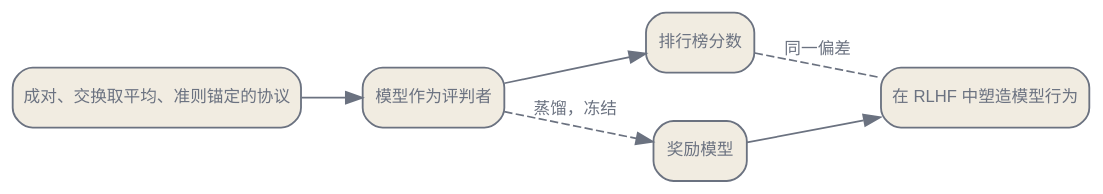
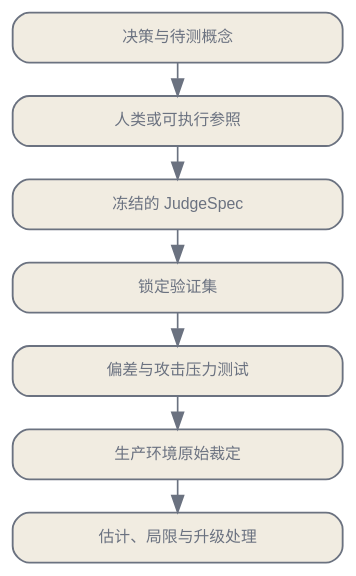
The diagram in zh/evaluation/04-judging-holistic.qmd (latere-ai/ai-as-an-infrastructure), drawn with Graphviz before and after one commit. The commit also changed other lines of this file and 3 other files, not shown here.

````diff
--- a/zh/evaluation/04-judging-holistic.qmd
+++ b/zh/evaluation/04-judging-holistic.qmd
@@ -141,21 +21,19 @@
 ```{dot}
-//| label: fig-judging-holistic-dual-role
-//| fig-cap: "一件有偏的仪器有两个输出。同一套成对、交换取平均、准则锚定的评判协议既给排行榜打分，又在被蒸馏进奖励模型后塑造模型行为，于是评判者的盲点同时成为一个测量误差与一个训练信号。"
+//| label: fig-judge-measurement-contract
+//| fig-cap: "只有把待测概念、人类或可执行参照、评判者规格、锁定验证和压力测试连起来，评判者才成为测量工具。生产裁定必须保留这条来源链。"
 digraph {
   bgcolor="transparent";
-  rankdir=LR;
-  nodesep=0.4; ranksep=0.5;
-  node [shape=box, style="rounded,filled", fontname="Helvetica", fontsize=10, color="#6b7280", fontcolor="#6b7280", fillcolor="#f1ece1", penwidth=1.1];
-  edge [fontsize=10, fontname="Helvetica", color="#6b7280", fontcolor="#6b7280"];
-  PROT [label="成对、交换取平均、准则锚定的协议"];
-  J [label="模型作为评判者"];
-  LB [label="排行榜分数"];
-  RM [label="奖励模型"];
-  TRAIN [label="在 RLHF 中塑造模型行为"];
-  PROT -> J;
-  J -> LB;
-  J -> RM [style=dashed, label="蒸馏，冻结"];
-  RM -> TRAIN;
-  LB -> TRAIN [style=dashed, label="同一偏差", dir=none];
+  rankdir=TB;
+  nodesep=0.22; ranksep=0.28;
+  node [shape=box, style="rounded,filled", fixedsize=true, width=2.75, height=0.42, fontname="Helvetica", fontsize=9.5, color="#6b7280", fontcolor="#6b7280", fillcolor="#f1ece1", penwidth=1.1];
+  edge [fontsize=9, fontname="Helvetica", color="#6b7280", fontcolor="#6b7280"];
+  D [label="决策与待测概念"];
+  H [label="人类或可执行参照"];
+  J [label="冻结的 JudgeSpec"];
+  V [label="锁定验证集"];
+  T [label="偏差与攻击压力测试"];
+  R [label="生产环境原始裁定"];
+  O [label="估计、局限与升级处理"];
+  D -> H -> J -> V -> T -> R -> O;
 }
 ```
````
